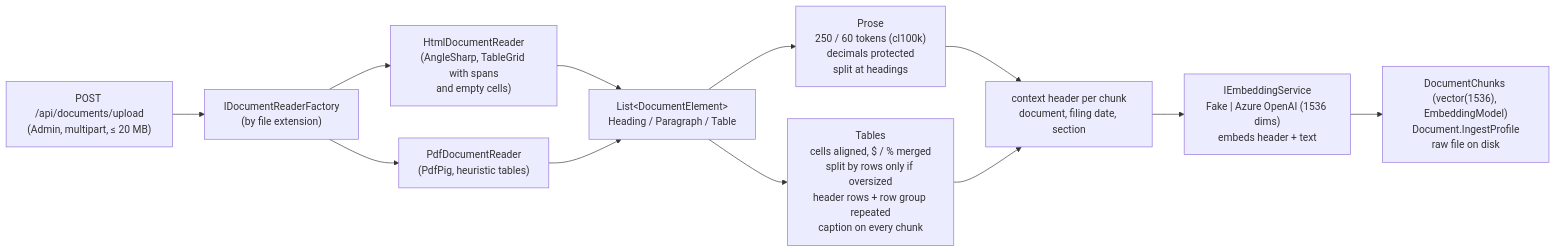
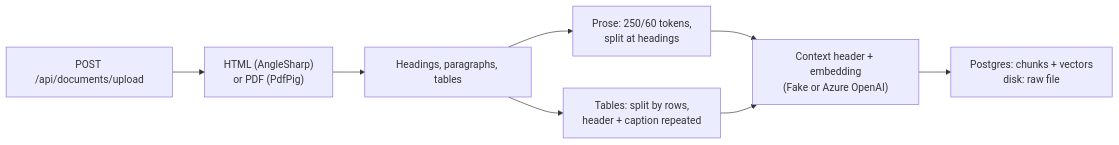
One commit to DanielyanArtyom/dotnet-mcp-rag-server changed the second of 2 diagrams in README.md. Above: the diagram before and after it, drawn with Mermaid. The commit also changed other lines of this file and 1 other file, not shown here.

````diff
--- a/README.md
+++ b/README.md
@@ -98,14 +53,10 @@
 ```mermaid
 flowchart LR
-    Upload["POST /api/documents/upload<br/>(Admin, multipart, ≤ 20 MB)"] --> Factory["IDocumentReaderFactory<br/>(by file extension)"]
-    Factory --> Html["HtmlDocumentReader<br/>(AngleSharp, TableGrid with spans<br/>and empty cells)"]
-    Factory --> Pdf["PdfDocumentReader<br/>(PdfPig, heuristic tables)"]
-    Html --> Elements["List&lt;DocumentElement&gt;<br/>Heading / Paragraph / Table"]
-    Pdf --> Elements
-    Elements --> Prose["Prose<br/>250 / 60 tokens (cl100k)<br/>decimals protected<br/>split at headings"]
-    Elements --> Tables["Tables<br/>cells aligned, $ / % merged<br/>split by rows only if oversized<br/>header rows + row group repeated<br/>caption on every chunk"]
-    Prose --> Header["context header per chunk<br/>document, filing date, section"]
-    Tables --> Header
-    Header --> Embed["IEmbeddingService<br/>Fake | Azure OpenAI (1536 dims)<br/>embeds header + text"]
-    Embed --> Save["DocumentChunks (vector(1536), EmbeddingModel)<br/>Document.IngestProfile<br/>raw file on disk"]
+    Upload["POST /api/documents/upload"] --> Reader["HTML (AngleSharp)<br/>or PDF (PdfPig)"]
+    Reader --> Elements["Headings, paragraphs, tables"]
+    Elements --> Prose["Prose: 250/60 tokens,<br/>split at headings"]
+    Elements --> Tables["Tables: split by rows,<br/>header + caption repeated"]
+    Prose --> Embed["Context header + embedding<br/>(Fake or Azure OpenAI)"]
+    Tables --> Embed
+    Embed --> Save["Postgres: chunks + vectors<br/>disk: raw file"]
 ```
````
